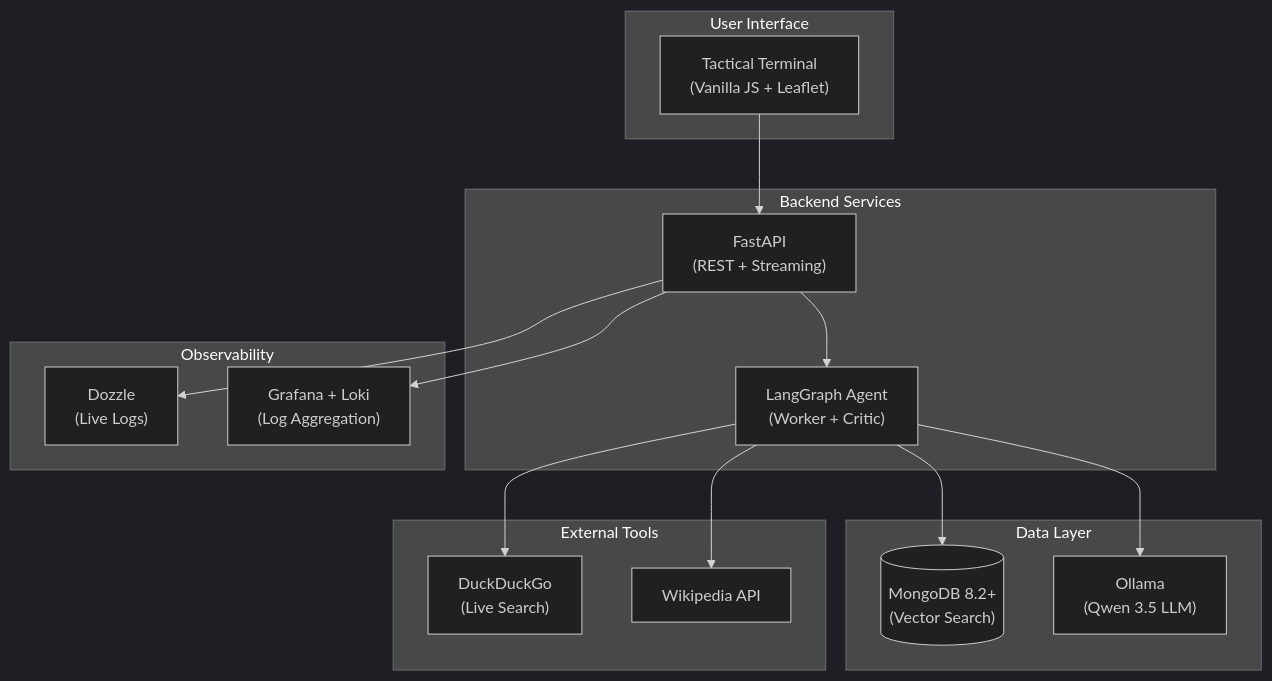
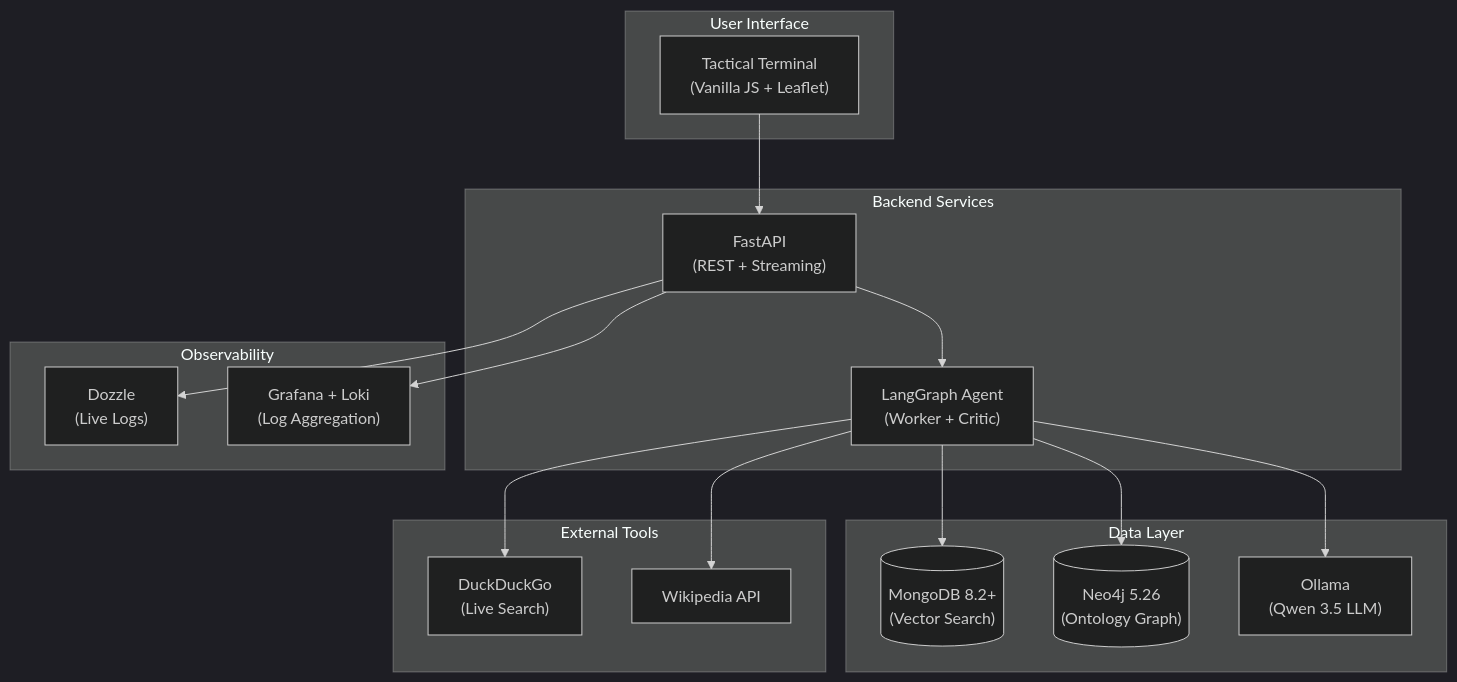
One commit to fbaierl/geo-vision-lab changed the first of 2 diagrams in docs/technology.md. Above: the diagram before and after it, drawn with Mermaid. The commit also changed other lines of this file and 18 other files, not shown here.

````diff
--- a/docs/technology.md
+++ b/docs/technology.md
@@ -9,36 +9,38 @@
 ```mermaid
 %%{init: {'theme': 'dark'}}%%
 graph TB
     subgraph User["User Interface"]
         UI["Tactical Terminal<br/>(Vanilla JS + Leaflet)"]
     end
 
     subgraph Backend["Backend Services"]
         API["FastAPI<br/>(REST + Streaming)"]
         AGENT["LangGraph Agent<br/>(Worker + Critic)"]
     end
 
     subgraph Data["Data Layer"]
         MDB[("MongoDB 8.2+<br/>(Vector Search)")]
+        N4J[("Neo4j 5.26<br/>(Ontology Graph)")]
         OL["Ollama<br/>(Qwen 3.5 LLM)"]
     end
 
     subgraph Tools["External Tools"]
         WEB["DuckDuckGo<br/>(Live Search)"]
         WIKI["Wikipedia API"]
     end
 
     subgraph Ops["Observability"]
         DZ["Dozzle<br/>(Live Logs)"]
         GF["Grafana + Loki<br/>(Log Aggregation)"]
     end
 
     UI --> API
     API --> AGENT
     AGENT --> MDB
+    AGENT --> N4J
     AGENT --> OL
     AGENT --> WEB
     AGENT --> WIKI
     API --> DZ
     API --> GF
 ```
````
